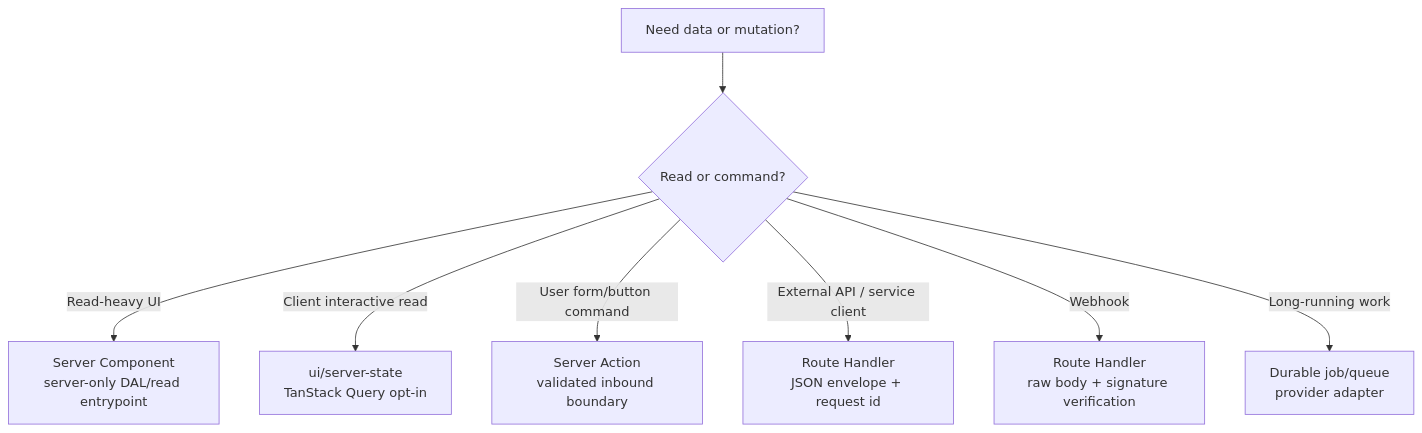
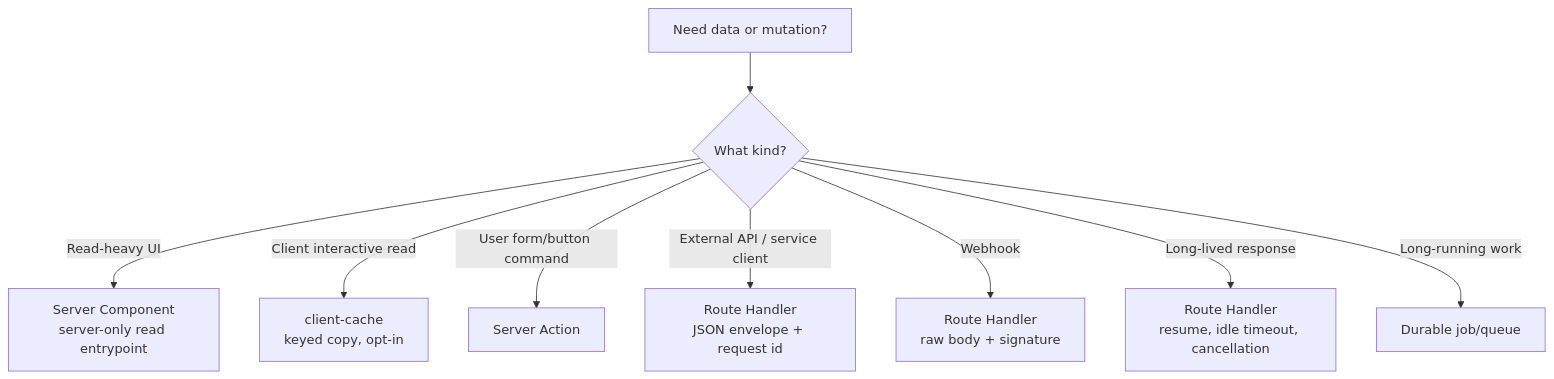
The third of 6 diagrams in docs/architecture-contract.md (clicktronix/nextjs-clean-skills), drawn with Mermaid before and after one commit. The commit also changed other lines of this file and 68 other files, not shown here.

````diff
--- a/docs/architecture-contract.md
+++ b/docs/architecture-contract.md
@@ -126,10 +174,11 @@
 ```mermaid
 flowchart TD
-  Need["Need data or mutation?"] --> ReadWrite{"Read or command?"}
-  ReadWrite -->|Read-heavy UI| RSC["Server Component\nserver-only DAL/read entrypoint"]
-  ReadWrite -->|Client interactive read| Query["ui/server-state\nTanStack Query opt-in"]
-  ReadWrite -->|User form/button command| Action["Server Action\nvalidated inbound boundary"]
-  ReadWrite -->|External API / service client| Route["Route Handler\nJSON envelope + request id"]
-  ReadWrite -->|Webhook| Webhook["Route Handler\nraw body + signature verification"]
-  ReadWrite -->|Long-running work| Queue["Durable job/queue\nprovider adapter"]
+  Need["Need data or mutation?"] --> Kind{"What kind?"}
+  Kind -->|Read-heavy UI| RSC["Server Component\nserver-only read entrypoint"]
+  Kind -->|Client interactive read| Query["client-cache\nkeyed copy, opt-in"]
+  Kind -->|User form/button command| Action["Server Action"]
+  Kind -->|External API / service client| Route["Route Handler\nJSON envelope + request id"]
+  Kind -->|Webhook| Webhook["Route Handler\nraw body + signature"]
+  Kind -->|Long-lived response| Stream["Route Handler\nresume, idle timeout, cancellation"]
+  Kind -->|Long-running work| Queue["Durable job/queue"]
 ```
````
